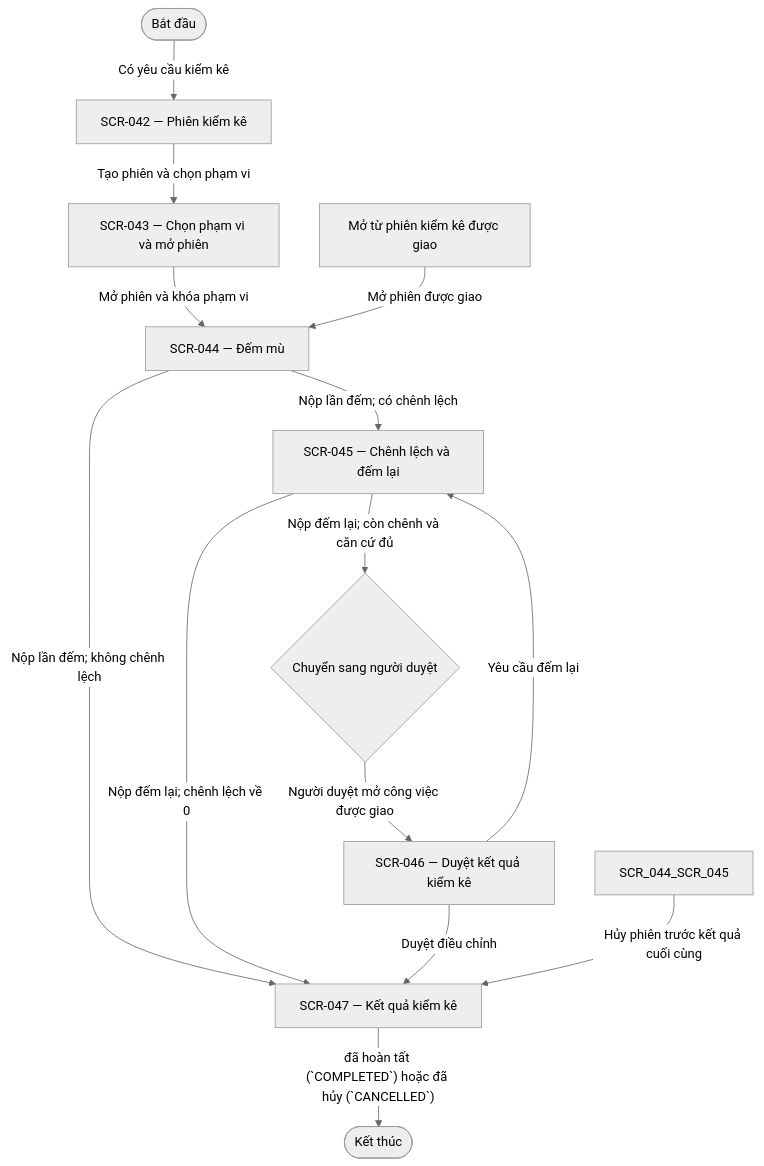
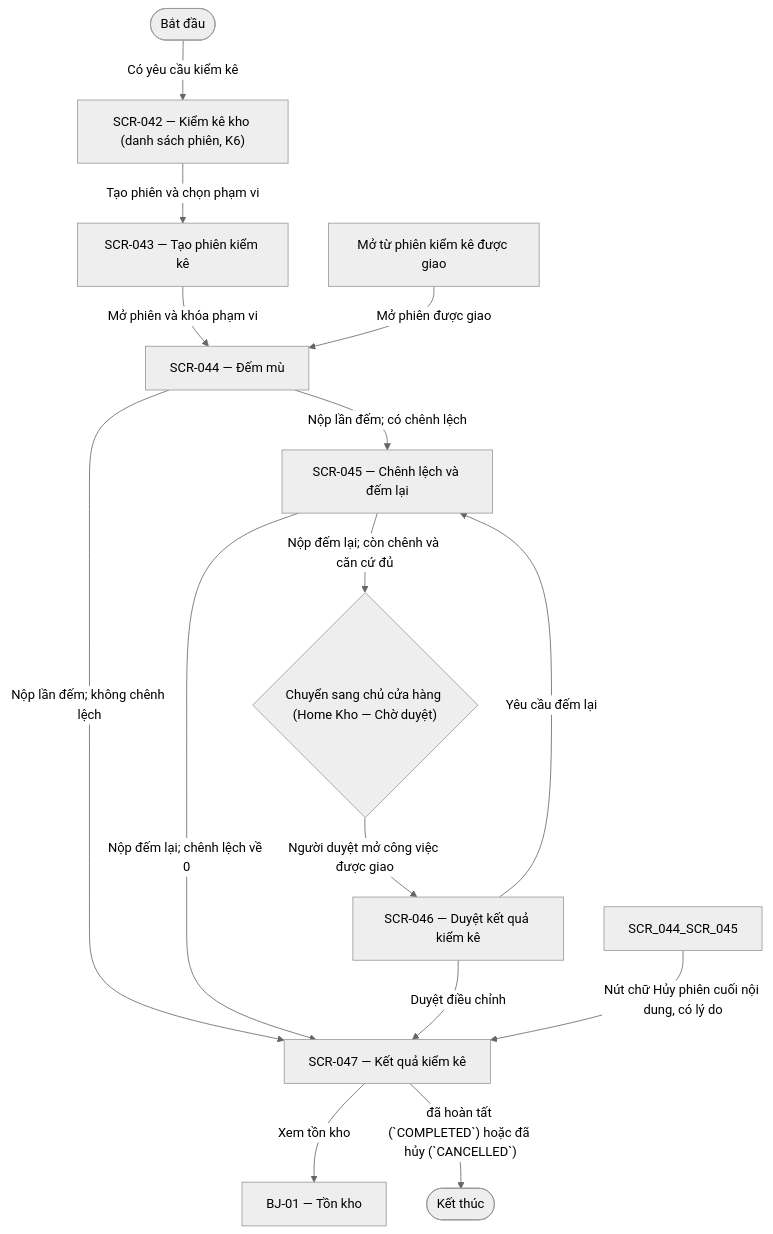
The diagram in specs/themes/theme-07/03.design/flows/UIF-08-BJ-08.md (DsChien102/erp-sales-inventory), drawn with Mermaid (neutral theme) before and after one commit. The commit also changed other lines of this file and 54 other files, not shown here.

````diff
--- a/specs/themes/theme-07/03.design/flows/UIF-08-BJ-08.md
+++ b/specs/themes/theme-07/03.design/flows/UIF-08-BJ-08.md
@@ -42,26 +42,28 @@
 ```mermaid
 flowchart TD
     BEGIN(["Bắt đầu"])
-    SCR_042["SCR-042 — Phiên kiểm kê"]
-    SCR_043["SCR-043 — Chọn phạm vi và mở phiên"]
+    SCR_042["SCR-042 — Kiểm kê kho (danh sách phiên, K6)"]
+    SCR_043["SCR-043 — Tạo phiên kiểm kê"]
     SCR_044["SCR-044 — Đếm mù"]
     CONTEXT_COUNT["Mở từ phiên kiểm kê được giao"]
     SCR_047["SCR-047 — Kết quả kiểm kê"]
     SCR_045["SCR-045 — Chênh lệch và đếm lại"]
-    HANDOFF_APPROVAL{"Chuyển sang người duyệt"}
+    HANDOFF_APPROVAL{"Chuyển sang chủ cửa hàng (Home Kho — Chờ duyệt)"}
     SCR_046["SCR-046 — Duyệt kết quả kiểm kê"]
+    BJ_01["BJ-01 — Tồn kho"]
     END(["Kết thúc"])
     BEGIN -->|"Có yêu cầu kiểm kê"| SCR_042
     SCR_042 -->|"Tạo phiên và chọn phạm vi"| SCR_043
     SCR_043 -->|"Mở phiên và khóa phạm vi"| SCR_044
     CONTEXT_COUNT -->|"Mở phiên được giao"| SCR_044
     SCR_044 -->|"Nộp lần đếm; không chênh lệch"| SCR_047
     SCR_044 -->|"Nộp lần đếm; có chênh lệch"| SCR_045
     SCR_045 -->|"Nộp đếm lại; chênh lệch về 0"| SCR_047
     SCR_045 -->|"Nộp đếm lại; còn chênh và căn cứ đủ"| HANDOFF_APPROVAL
     HANDOFF_APPROVAL -->|"Người duyệt mở công việc được giao"| SCR_046
     SCR_046 -->|"Yêu cầu đếm lại"| SCR_045
     SCR_046 -->|"Duyệt điều chỉnh"| SCR_047
-    SCR_044_SCR_045 -->|"Hủy phiên trước kết quả cuối cùng"| SCR_047
+    SCR_044_SCR_045 -->|"Nút chữ Hủy phiên cuối nội dung, có lý do"| SCR_047
+    SCR_047 -->|"Xem tồn kho"| BJ_01
     SCR_047 -->|"đã hoàn tất (`COMPLETED`) hoặc đã hủy (`CANCELLED`)"| END
 ```
````
